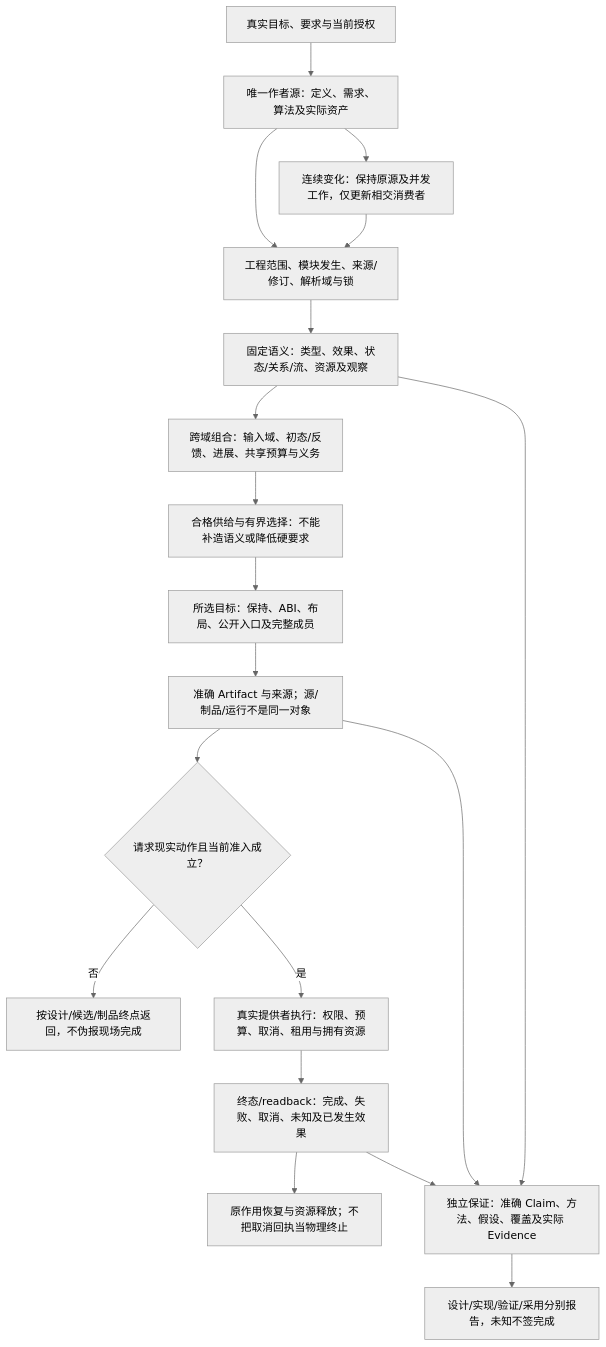
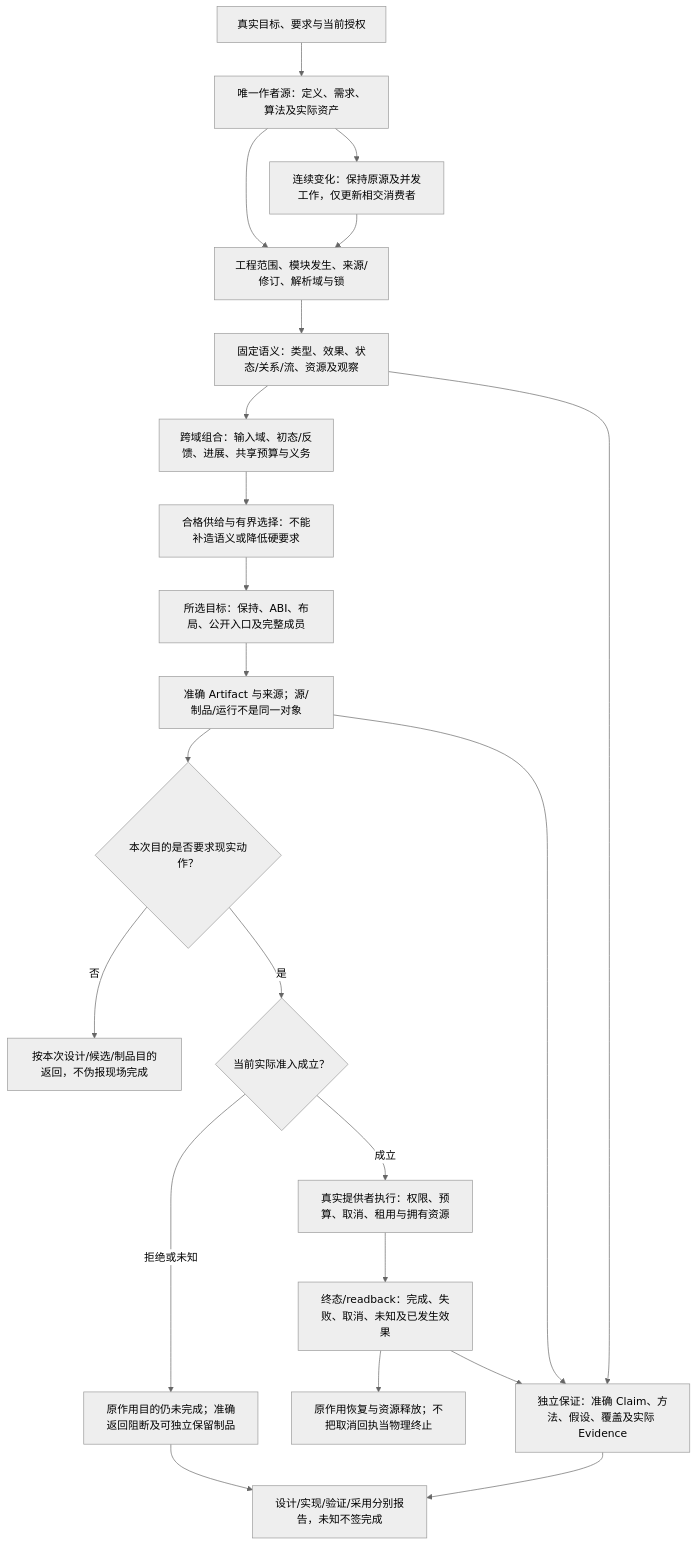
The diagram in docs/产品/全体系能力与边界.md (sec-platform/sec), drawn with Mermaid (neutral theme) before and after one commit. The commit also changed 21 other files, not shown here.

````diff
--- a/docs/产品/全体系能力与边界.md
+++ b/docs/产品/全体系能力与边界.md
@@ -53,21 +53,24 @@
 ```mermaid
 flowchart TB
   task["真实目标、要求与当前授权"] --> source["唯一作者源：定义、需求、算法及实际资产"]
   source --> identity["工程范围、模块发生、来源/修订、解析域与锁"]
   identity --> meaning["固定语义：类型、效果、状态/关系/流、资源及观察"]
   meaning --> combination["跨域组合：输入域、初态/反馈、进展、共享预算与义务"]
   combination --> realization["合格供给与有界选择：不能补造语义或降低硬要求"]
   realization --> target["所选目标：保持、ABI、布局、公开入口及完整成员"]
   target --> artifact["准确 Artifact 与来源；源/制品/运行不是同一对象"]
-  artifact --> operation{"请求现实动作且当前准入成立？"}
-  operation -->|否| deliver["按设计/候选/制品终点返回，不伪报现场完成"]
-  operation -->|是| runtime["真实提供者执行：权限、预算、取消、租用与拥有资源"]
+  artifact --> operation{"本次目的是否要求现实动作？"}
+  operation -->|否| deliver["按本次设计/候选/制品目的返回，不伪报现场完成"]
+  operation -->|是| admission{"当前实际准入成立？"}
+  admission -->|拒绝或未知| blocked["原作用目的仍未完成；准确返回阻断及可独立保留制品"]
+  blocked --> status
+  admission -->|成立| runtime["真实提供者执行：权限、预算、取消、租用与拥有资源"]
   runtime --> readback["终态/readback：完成、失败、取消、未知及已发生效果"]
   readback --> recovery["原作用恢复与资源释放；不把取消回执当物理终止"]
   source --> change["连续变化：保持原源及并发工作，仅更新相交消费者"]
   change --> identity
   meaning --> assurance["独立保证：准确 Claim、方法、假设、覆盖及实际 Evidence"]
   artifact --> assurance
   readback --> assurance
   assurance --> status["设计/实现/验证/采用分别报告，未知不签完成"]
 ```
````
